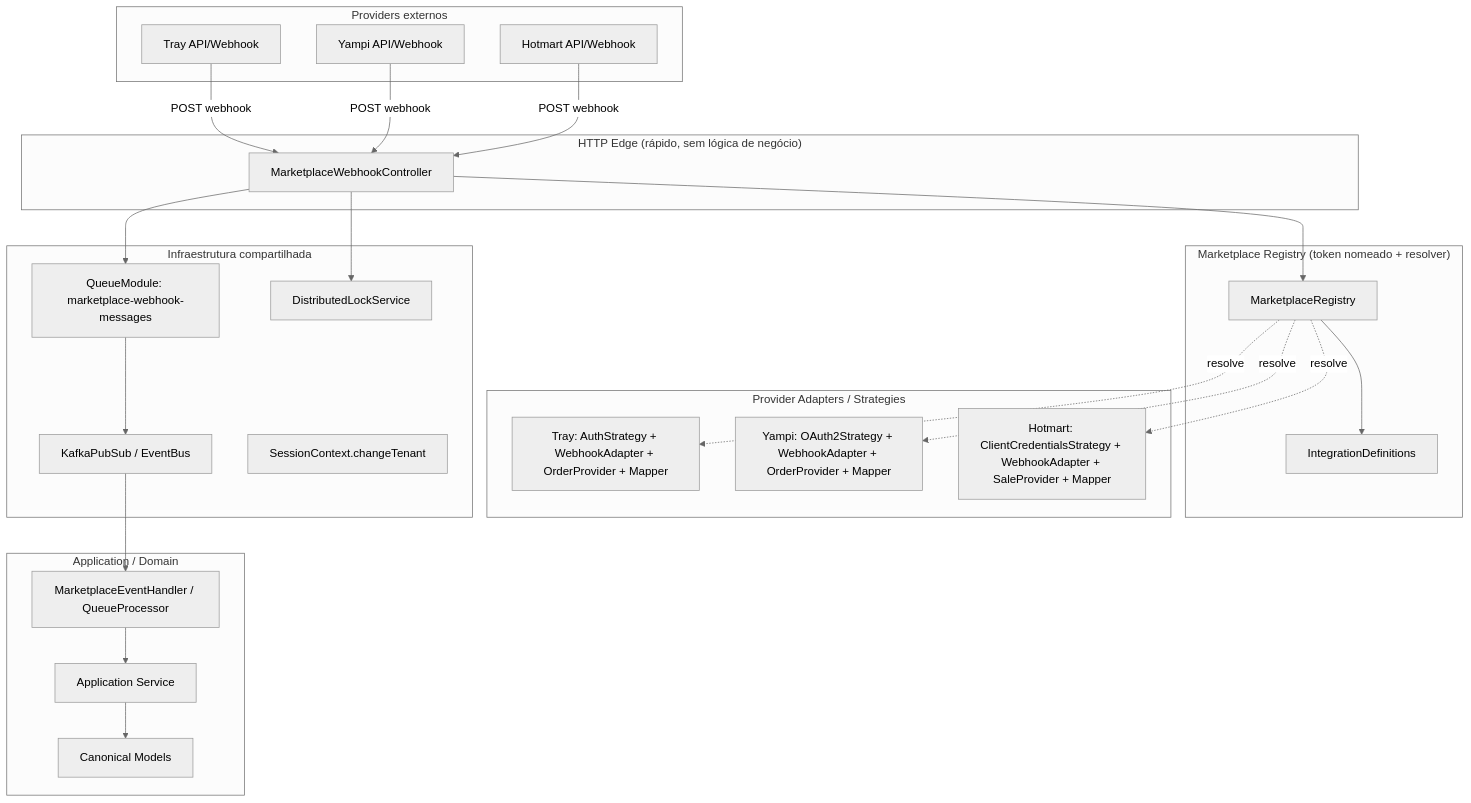
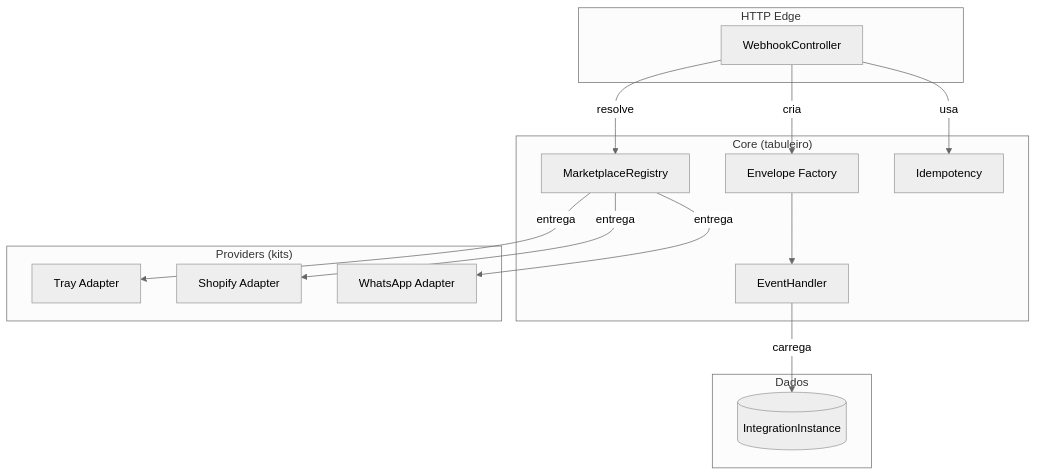
One commit to arthurhzk/arch-md changed the third of 6 diagrams in README.md. Above: the diagram before and after it, drawn with Mermaid (neutral theme). The commit also changed other lines of this file, not shown here.

````diff
--- a/README.md
+++ b/README.md
@@ -88,53 +244,33 @@
 ```mermaid
 graph TB
-    subgraph Provider["Providers externos"]
-        TRAY[Tray API/Webhook]
-        YAMPI[Yampi API/Webhook]
-        HOTMART[Hotmart API/Webhook]
+    subgraph HTTP["HTTP Edge"]
+        CTRL[WebhookController]
     end
 
-    subgraph Edge["HTTP Edge (rápido, sem lógica de negócio)"]
-        WC[MarketplaceWebhookController]
+    subgraph Core["Core (tabuleiro)"]
+        REG[MarketplaceRegistry]
+        ENV[Envelope Factory]
+        IDM[Idempotency]
+        HAND[EventHandler]
     end
 
-    subgraph Registry["Marketplace Registry (token nomeado + resolver)"]
-        REG[MarketplaceRegistry]
-        DEF[IntegrationDefinitions]
+    subgraph Providers["Providers (kits)"]
+        TRAY[Tray Adapter]
+        SHO[Shopify Adapter]
+        WHA[WhatsApp Adapter]
     end
 
-    subgraph Adapters["Provider Adapters / Strategies"]
-        TA[Tray: AuthStrategy + WebhookAdapter + OrderProvider + Mapper]
-        YA[Yampi: OAuth2Strategy + WebhookAdapter + OrderProvider + Mapper]
-        HA[Hotmart: ClientCredentialsStrategy + WebhookAdapter + SaleProvider + Mapper]
+    subgraph Data["Dados"]
+        INST[(IntegrationInstance)]
     end
 
-    subgraph Infra["Infraestrutura compartilhada"]
-        QUEUE[QueueModule: marketplace-webhook-messages]
-        KFK[KafkaPubSub / EventBus]
-        LOCK[DistributedLockService]
-        CLS[SessionContext.changeTenant]
-    end
+    CTRL -->|resolve| REG
+    REG -->|entrega| TRAY
+    REG -->|entrega| SHO
+    REG -->|entrega| WHA
 
-    subgraph App["Application / Domain"]
-        HANDLER[MarketplaceEventHandler / QueueProcessor]
-        SVC[Application Service]
-        DOM[Canonical Models]
-    end
-
-    TRAY -->|POST webhook| WC
-    YAMPI -->|POST webhook| WC
-    HOTMART -->|POST webhook| WC
-
-    WC --> REG
-    REG --> DEF
-    REG -.resolve.-> TA
-    REG -.resolve.-> YA
-    REG -.resolve.-> HA
-
-    WC --> LOCK
-    WC --> QUEUE
-    QUEUE --> KFK
-    KFK --> HANDLER
-    HANDLER --> SVC
-    SVC --> DOM
+    CTRL -->|usa| IDM
+    CTRL -->|cria| ENV
+    ENV --> HAND
+    HAND -->|carrega| INST
 ```
````
